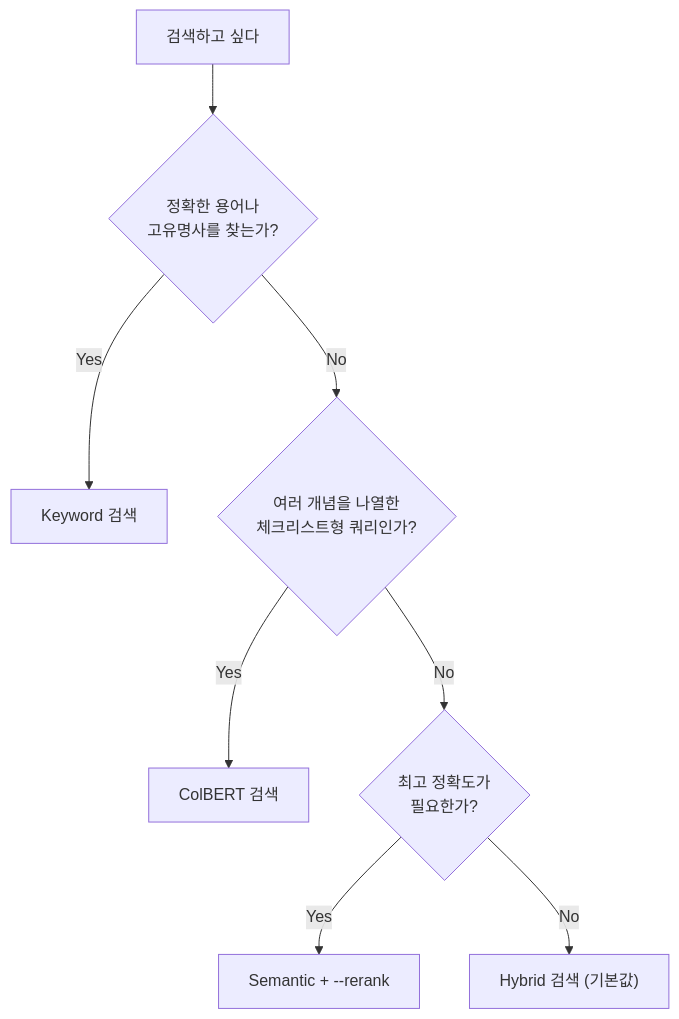
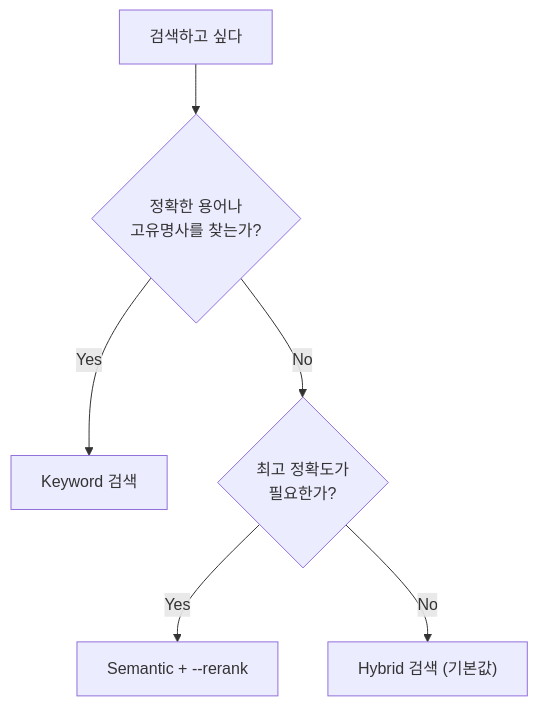
One commit to msbaek/vault-intelligence changed the diagram in docs/search-method-comparison.md. Above: the diagram before and after it, drawn with Mermaid. The commit also changed other lines of this file and 6 other files, not shown here.

First line of the commit message:
docs: ColBERT 검색 관련 안내 전면 삭제

````diff
--- a/docs/search-method-comparison.md
+++ b/docs/search-method-comparison.md
@@ -23,10 +22,8 @@
 ```mermaid
 flowchart TD
     Start["검색하고 싶다"] --> Q1{"정확한 용어나\n고유명사를 찾는가?"}
     Q1 -->|"Yes"| Keyword["Keyword 검색"]
-    Q1 -->|"No"| Q2{"여러 개념을 나열한\n체크리스트형 쿼리인가?"}
-    Q2 -->|"Yes"| ColBERT["ColBERT 검색"]
-    Q2 -->|"No"| Q3{"최고 정확도가\n필요한가?"}
+    Q1 -->|"No"| Q3{"최고 정확도가\n필요한가?"}
     Q3 -->|"Yes"| SemanticRerank["Semantic + --rerank"]
     Q3 -->|"No"| Hybrid["Hybrid 검색 (기본값)"]
 ```
````
